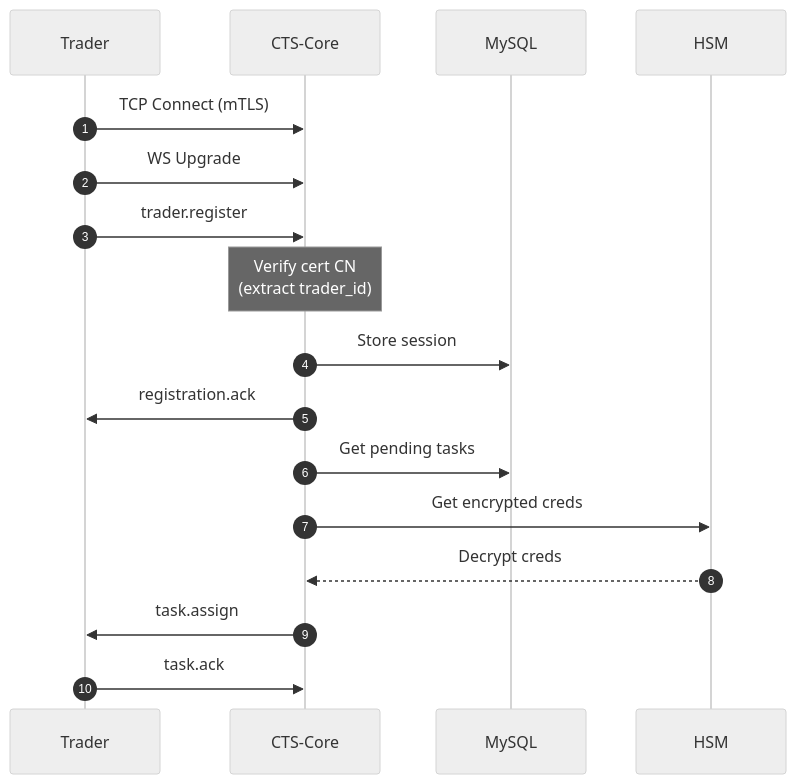
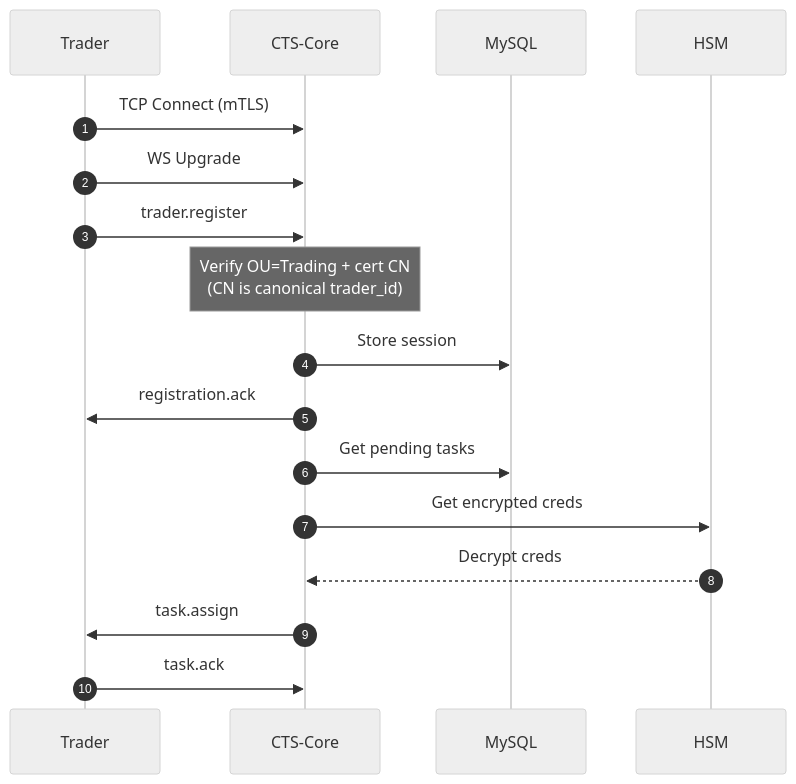
One commit to titaev-lv/cts-core changed the fifth of 15 diagrams in ARCHITECTURE.md. Above: the diagram before and after it, drawn with Mermaid (neutral theme). The commit also changed other lines of this file and 30 other files, not shown here.

````diff
--- a/ARCHITECTURE.md
+++ b/ARCHITECTURE.md
@@ -468,20 +472,20 @@
 ```mermaid
 sequenceDiagram
     autonumber
     participant Trader
     participant Core as CTS-Core
     participant MySQL
     participant HSM
     
     Trader->>Core: TCP Connect (mTLS)
     Trader->>Core: WS Upgrade
     Trader->>Core: trader.register
-    Note over Core: Verify cert CN<br/>(extract trader_id)
+    Note over Core: Verify OU=Trading + cert CN<br/>(CN is canonical trader_id)
     Core->>MySQL: Store session
     Core->>Trader: registration.ack
     Core->>MySQL: Get pending tasks
     Core->>HSM: Get encrypted creds
     HSM-->>Core: Decrypt creds
     Core->>Trader: task.assign
     Trader->>Core: task.ack
 ```
````
